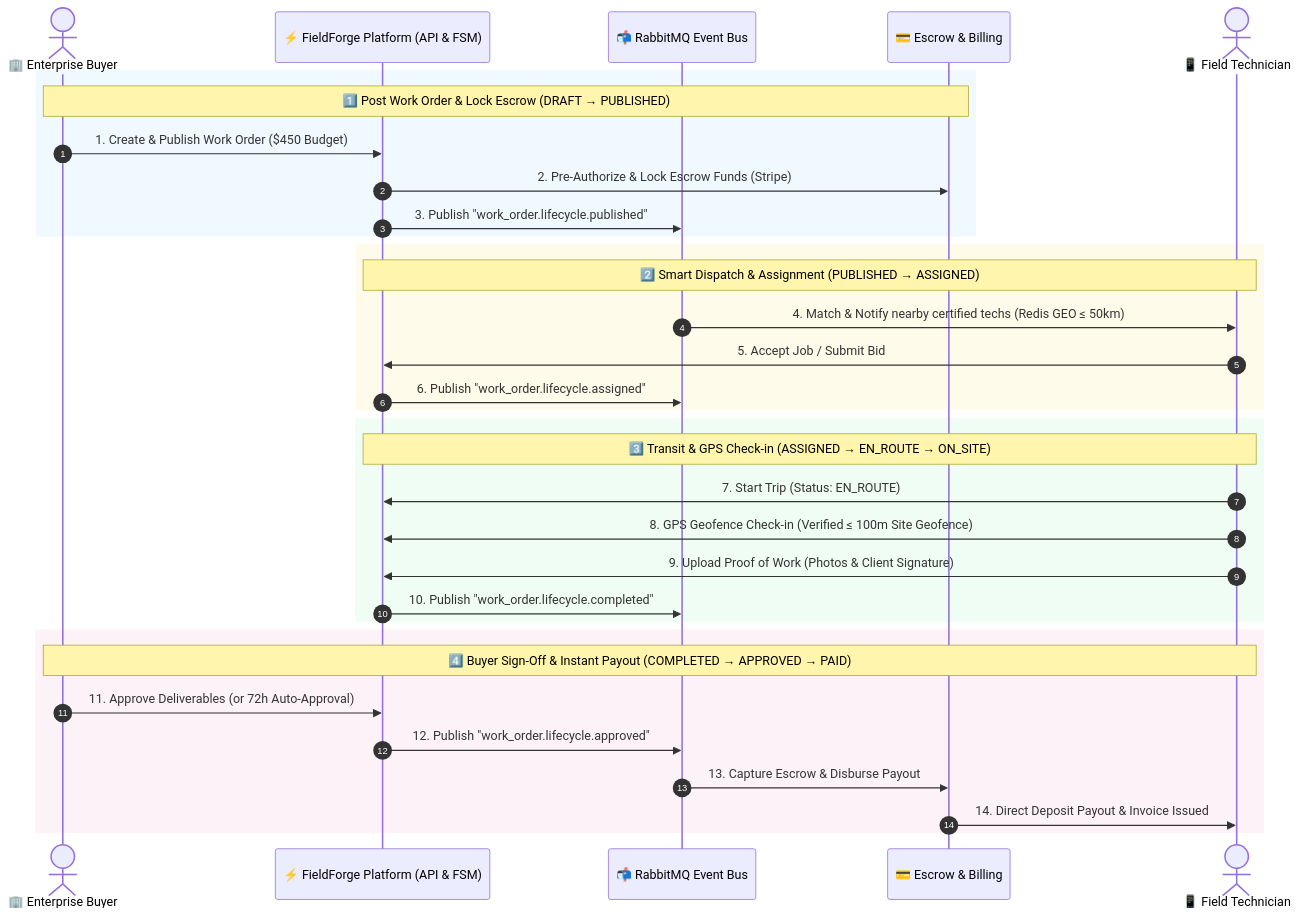
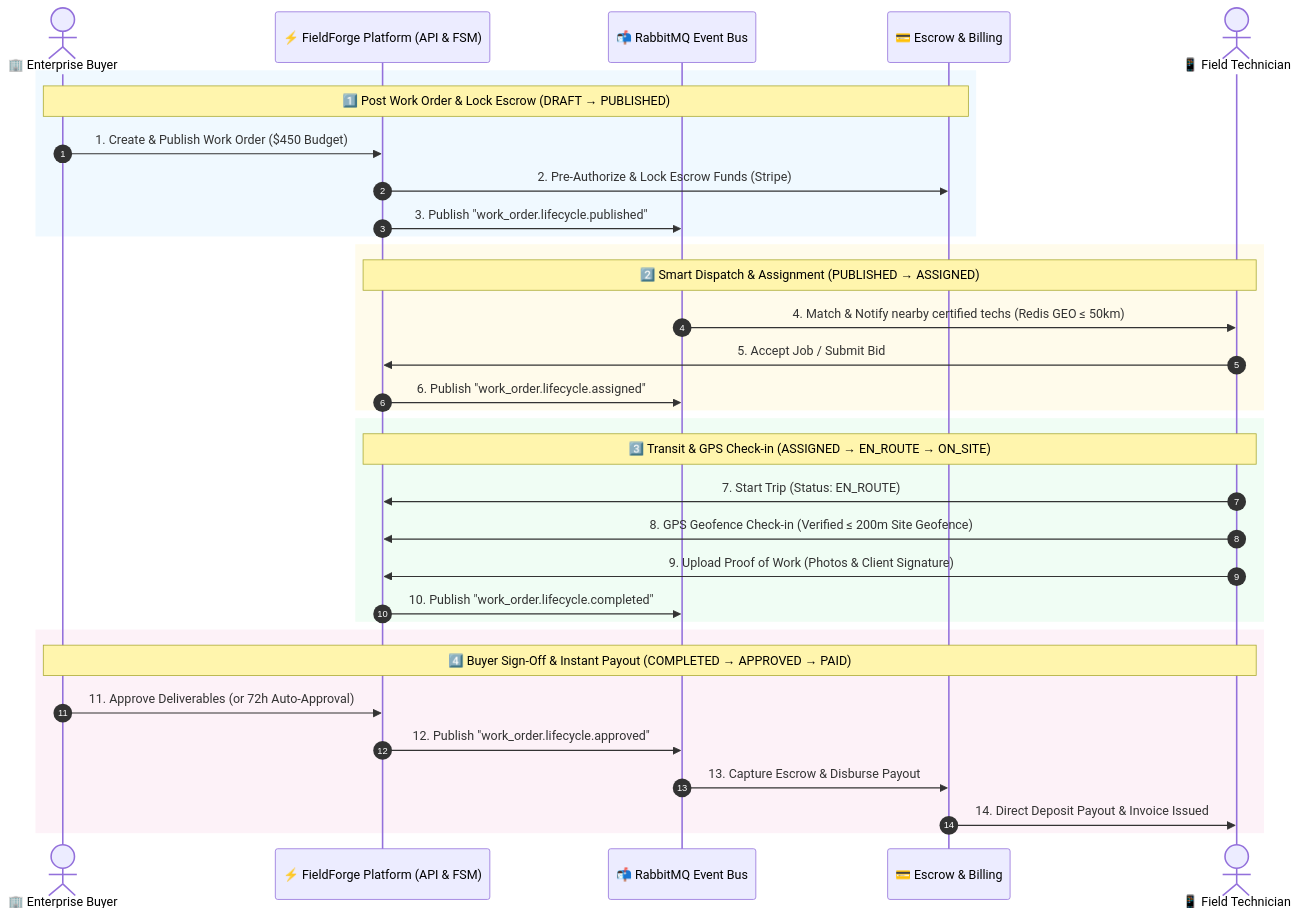
One commit to satya-ranjon/FieldForge changed the second of 5 diagrams in README.md. Above: the diagram before and after it, drawn with Mermaid. The commit also changed other lines of this file and 38 other files, not shown here.

````diff
--- a/README.md
+++ b/README.md
@@ -136,43 +136,43 @@
 ```mermaid
 sequenceDiagram
     autonumber
     actor Buyer as 🏢 Enterprise Buyer
     participant Core as ⚡ FieldForge Platform (API & FSM)
     participant MQ as 📬 RabbitMQ Event Bus
     participant Bill as 💳 Escrow & Billing
     actor Tech as 📱 Field Technician
 
     %% 1. Post & Lock Escrow
     rect rgb(240, 249, 255)
     Note over Buyer, Bill: 1️⃣ Post Work Order & Lock Escrow (DRAFT → PUBLISHED)
     Buyer->>Core: 1. Create & Publish Work Order ($450 Budget)
     Core->>Bill: 2. Pre-Authorize & Lock Escrow Funds (Stripe)
     Core->>MQ: 3. Publish "work_order.lifecycle.published"
     end
 
     %% 2. Dispatch & Matching
     rect rgb(255, 251, 235)
     Note over Core, Tech: 2️⃣ Smart Dispatch & Assignment (PUBLISHED → ASSIGNED)
     MQ->>Tech: 4. Match & Notify nearby certified techs (Redis GEO ≤ 50km)
     Tech->>Core: 5. Accept Job / Submit Bid
     Core->>MQ: 6. Publish "work_order.lifecycle.assigned"
     end
 
     %% 3. Transit & On-Site Verification
     rect rgb(240, 253, 244)
     Note over Core, Tech: 3️⃣ Transit & GPS Check-in (ASSIGNED → EN_ROUTE → ON_SITE)
     Tech->>Core: 7. Start Trip (Status: EN_ROUTE)
-    Tech->>Core: 8. GPS Geofence Check-in (Verified ≤ 100m Site Geofence)
+    Tech->>Core: 8. GPS Geofence Check-in (Verified ≤ 200m Site Geofence)
     Tech->>Core: 9. Upload Proof of Work (Photos & Client Signature)
     Core->>MQ: 10. Publish "work_order.lifecycle.completed"
     end
 
     %% 4. Approval & Escrow Release
     rect rgb(253, 242, 248)
     Note over Buyer, Tech: 4️⃣ Buyer Sign-Off & Instant Payout (COMPLETED → APPROVED → PAID)
     Buyer->>Core: 11. Approve Deliverables (or 72h Auto-Approval)
     Core->>MQ: 12. Publish "work_order.lifecycle.approved"
     MQ->>Bill: 13. Capture Escrow & Disburse Payout
     Bill->>Tech: 14. Direct Deposit Payout & Invoice Issued
     end
 ```
````
